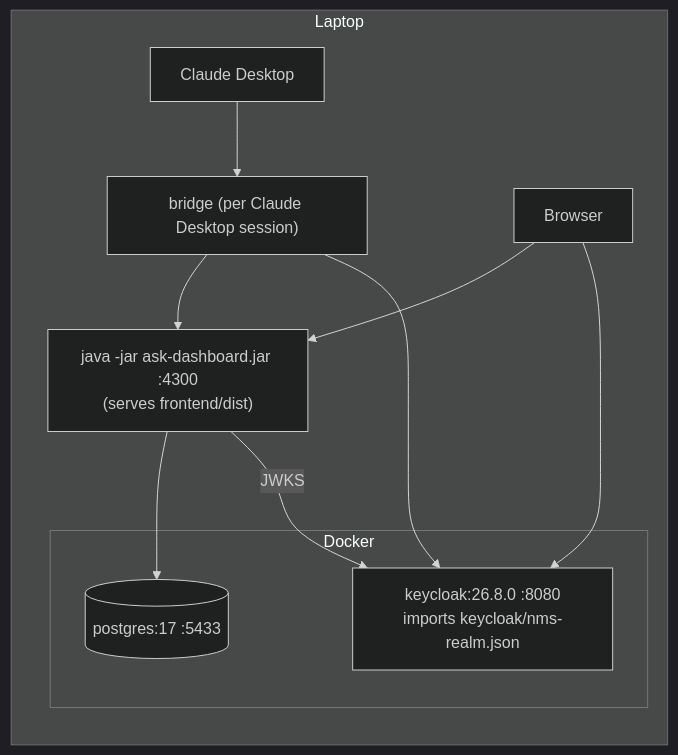
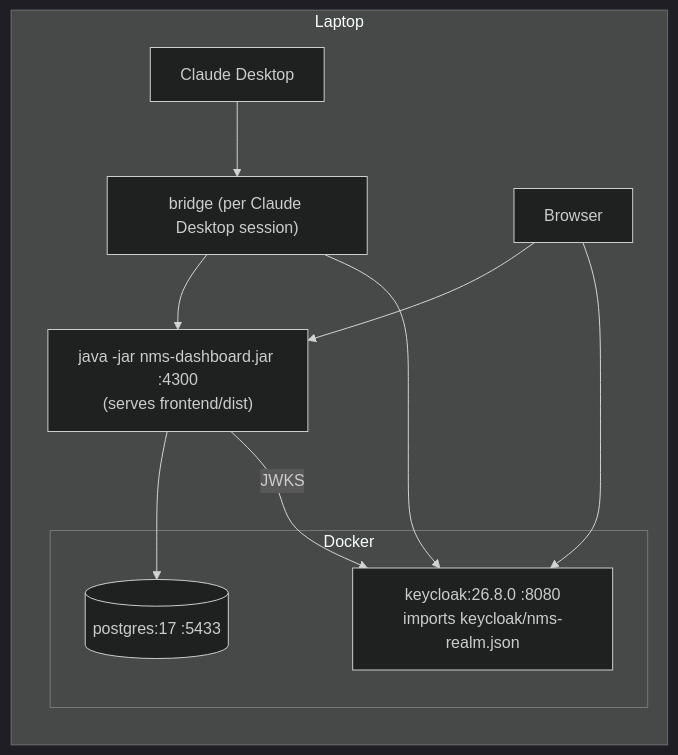
Before and after one commit to gangavaa/MCP-Hackathon-4: the sixth of 10 diagrams in docs/architecture.md, drawn with Mermaid (dark theme). The commit also changed other lines of this file and 188 other files, not shown here.

````diff
--- a/docs/architecture.md
+++ b/docs/architecture.md
@@ -168,19 +168,19 @@
 ```mermaid
 flowchart LR
   subgraph Laptop
     subgraph Docker
       KC["keycloak:26.8.0 :8080<br/>imports keycloak/nms-realm.json"]
       PG[("postgres:17 :5433")]
     end
-    J["java -jar ask-dashboard.jar :4300<br/>(serves frontend/dist)"]
+    J["java -jar nms-dashboard.jar :4300<br/>(serves frontend/dist)"]
     BR["bridge (per Claude Desktop session)"]
     CD["Claude Desktop"]
     BROWSER["Browser"]
   end
   CD --> BR --> J
   BROWSER --> J
   J --> PG
   J -->|JWKS| KC
   BROWSER --> KC
   BR --> KC
 ```
````
